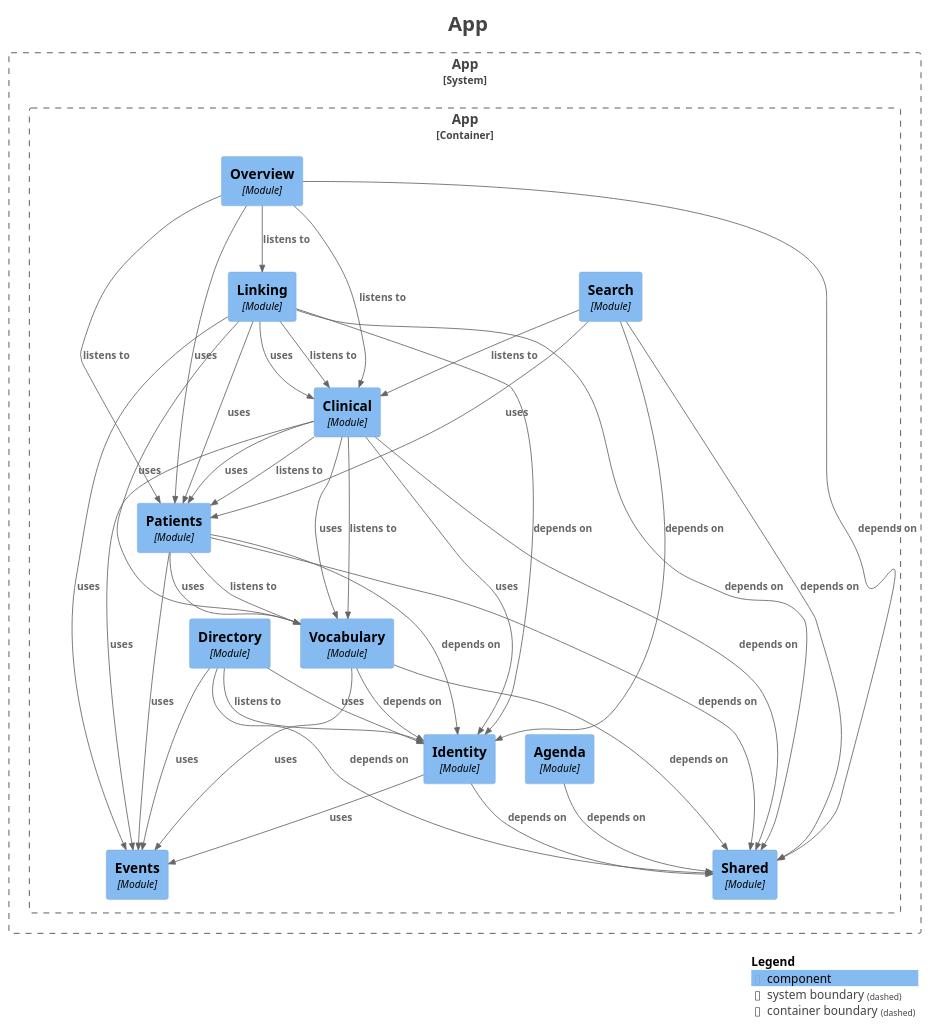
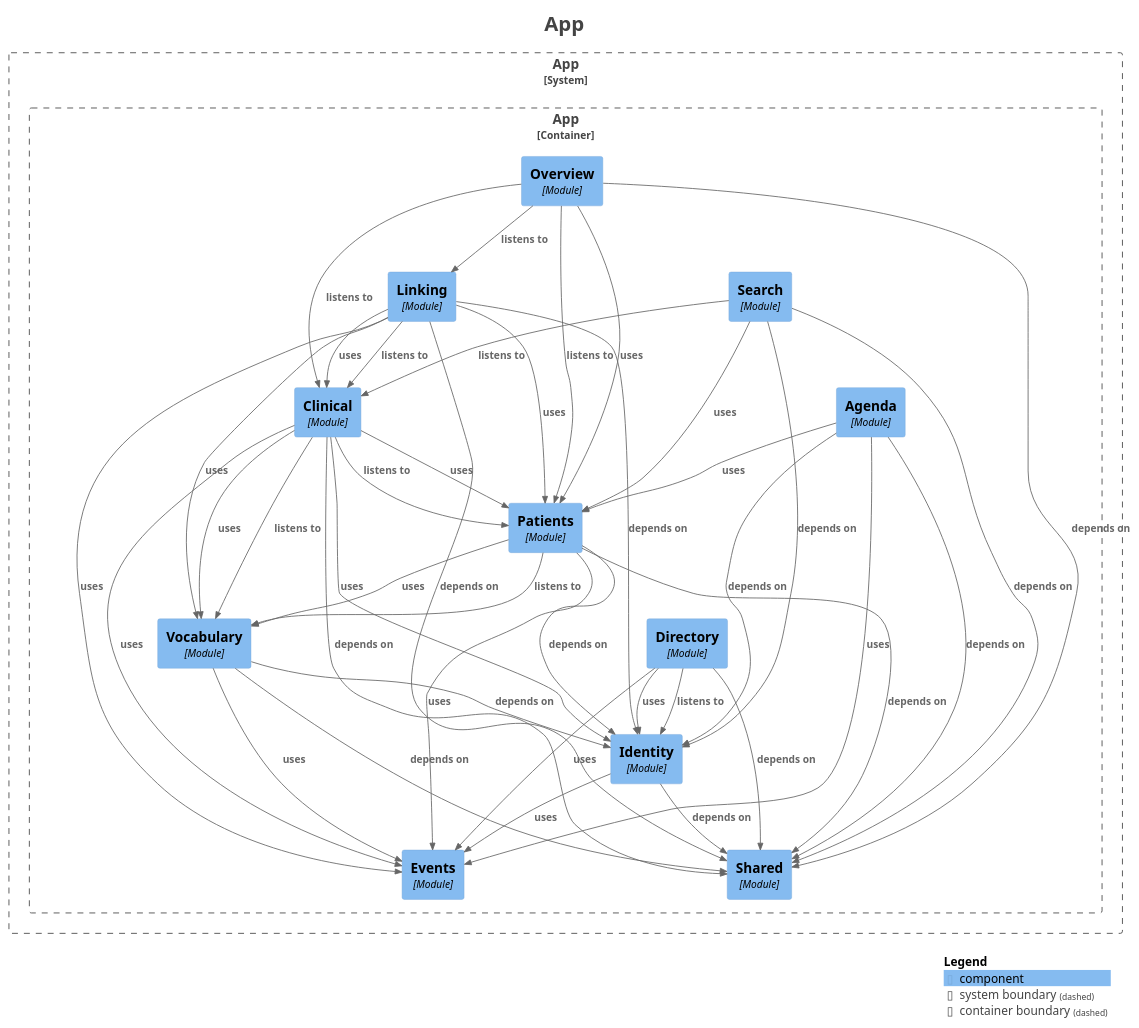
One commit to mrscams/psymate-api changed the diagram in docs/generated/components.puml. Above: the diagram before and after it, drawn with PlantUML. The commit also changed 32 other files, not shown here.

```diff
--- a/docs/generated/components.puml
+++ b/docs/generated/components.puml
@@ -1,76 +1,79 @@
 @startuml
 title <size:24>App</size>
 
 set separator none
 top to bottom direction
 
 <style>
   root {
     BackgroundColor: #ffffff
     FontColor: #444444
   }
 </style>
 
 !include <C4/C4>
 !include <C4/C4_Context>
 !include <C4/C4_Component>
 
 System_Boundary("App_boundary", "App", $tags="") {
   Container_Boundary("App.App_boundary", "App", $tags="") {
     Component(App.App.Agenda, "Agenda", $techn="Module", $descr="", $tags="", $link="")
     Component(App.App.Clinical, "Clinical", $techn="Module", $descr="", $tags="", $link="")
     Component(App.App.Directory, "Directory", $techn="Module", $descr="", $tags="", $link="")
     Component(App.App.Events, "Events", $techn="Module", $descr="", $tags="", $link="")
     Component(App.App.Identity, "Identity", $techn="Module", $descr="", $tags="", $link="")
     Component(App.App.Linking, "Linking", $techn="Module", $descr="", $tags="", $link="")
     Component(App.App.Overview, "Overview", $techn="Module", $descr="", $tags="", $link="")
     Component(App.App.Patients, "Patients", $techn="Module", $descr="", $tags="", $link="")
     Component(App.App.Search, "Search", $techn="Module", $descr="", $tags="", $link="")
     Component(App.App.Shared, "Shared", $techn="Module", $descr="", $tags="", $link="")
     Component(App.App.Vocabulary, "Vocabulary", $techn="Module", $descr="", $tags="", $link="")
   }
 
 }
 
+Rel(App.App.Agenda, App.App.Events, "uses", $techn="", $tags="", $link="")
+Rel(App.App.Agenda, App.App.Identity, "depends on", $techn="", $tags="", $link="")
+Rel(App.App.Agenda, App.App.Patients, "uses", $techn="", $tags="", $link="")
 Rel(App.App.Agenda, App.App.Shared, "depends on", $techn="", $tags="", $link="")
 Rel(App.App.Clinical, App.App.Events, "uses", $techn="", $tags="", $link="")
 Rel(App.App.Clinical, App.App.Identity, "uses", $techn="", $tags="", $link="")
 Rel(App.App.Clinical, App.App.Patients, "listens to", $techn="", $tags="", $link="")
 Rel(App.App.Clinical, App.App.Patients, "uses", $techn="", $tags="", $link="")
 Rel(App.App.Clinical, App.App.Shared, "depends on", $techn="", $tags="", $link="")
 Rel(App.App.Clinical, App.App.Vocabulary, "listens to", $techn="", $tags="", $link="")
 Rel(App.App.Clinical, App.App.Vocabulary, "uses", $techn="", $tags="", $link="")
 Rel(App.App.Directory, App.App.Events, "uses", $techn="", $tags="", $link="")
 Rel(App.App.Directory, App.App.Identity, "listens to", $techn="", $tags="", $link="")
 Rel(App.App.Directory, App.App.Identity, "uses", $techn="", $tags="", $link="")
 Rel(App.App.Directory, App.App.Shared, "depends on", $techn="", $tags="", $link="")
 Rel(App.App.Identity, App.App.Events, "uses", $techn="", $tags="", $link="")
 Rel(App.App.Identity, App.App.Shared, "depends on", $techn="", $tags="", $link="")
 Rel(App.App.Linking, App.App.Clinical, "listens to", $techn="", $tags="", $link="")
 Rel(App.App.Linking, App.App.Clinical, "uses", $techn="", $tags="", $link="")
 Rel(App.App.Linking, App.App.Events, "uses", $techn="", $tags="", $link="")
 Rel(App.App.Linking, App.App.Identity, "depends on", $techn="", $tags="", $link="")
 Rel(App.App.Linking, App.App.Patients, "uses", $techn="", $tags="", $link="")
 Rel(App.App.Linking, App.App.Shared, "depends on", $techn="", $tags="", $link="")
 Rel(App.App.Linking, App.App.Vocabulary, "uses", $techn="", $tags="", $link="")
 Rel(App.App.Overview, App.App.Clinical, "listens to", $techn="", $tags="", $link="")
 Rel(App.App.Overview, App.App.Linking, "listens to", $techn="", $tags="", $link="")
 Rel(App.App.Overview, App.App.Patients, "listens to", $techn="", $tags="", $link="")
 Rel(App.App.Overview, App.App.Patients, "uses", $techn="", $tags="", $link="")
 Rel(App.App.Overview, App.App.Shared, "depends on", $techn="", $tags="", $link="")
 Rel(App.App.Patients, App.App.Events, "uses", $techn="", $tags="", $link="")
 Rel(App.App.Patients, App.App.Identity, "depends on", $techn="", $tags="", $link="")
 Rel(App.App.Patients, App.App.Shared, "depends on", $techn="", $tags="", $link="")
 Rel(App.App.Patients, App.App.Vocabulary, "listens to", $techn="", $tags="", $link="")
 Rel(App.App.Patients, App.App.Vocabulary, "uses", $techn="", $tags="", $link="")
 Rel(App.App.Search, App.App.Clinical, "listens to", $techn="", $tags="", $link="")
 Rel(App.App.Search, App.App.Identity, "depends on", $techn="", $tags="", $link="")
 Rel(App.App.Search, App.App.Patients, "uses", $techn="", $tags="", $link="")
 Rel(App.App.Search, App.App.Shared, "depends on", $techn="", $tags="", $link="")
 Rel(App.App.Vocabulary, App.App.Events, "uses", $techn="", $tags="", $link="")
 Rel(App.App.Vocabulary, App.App.Identity, "depends on", $techn="", $tags="", $link="")
 Rel(App.App.Vocabulary, App.App.Shared, "depends on", $techn="", $tags="", $link="")
 
 SHOW_LEGEND(true)
 hide stereotypes
 @enduml
```
